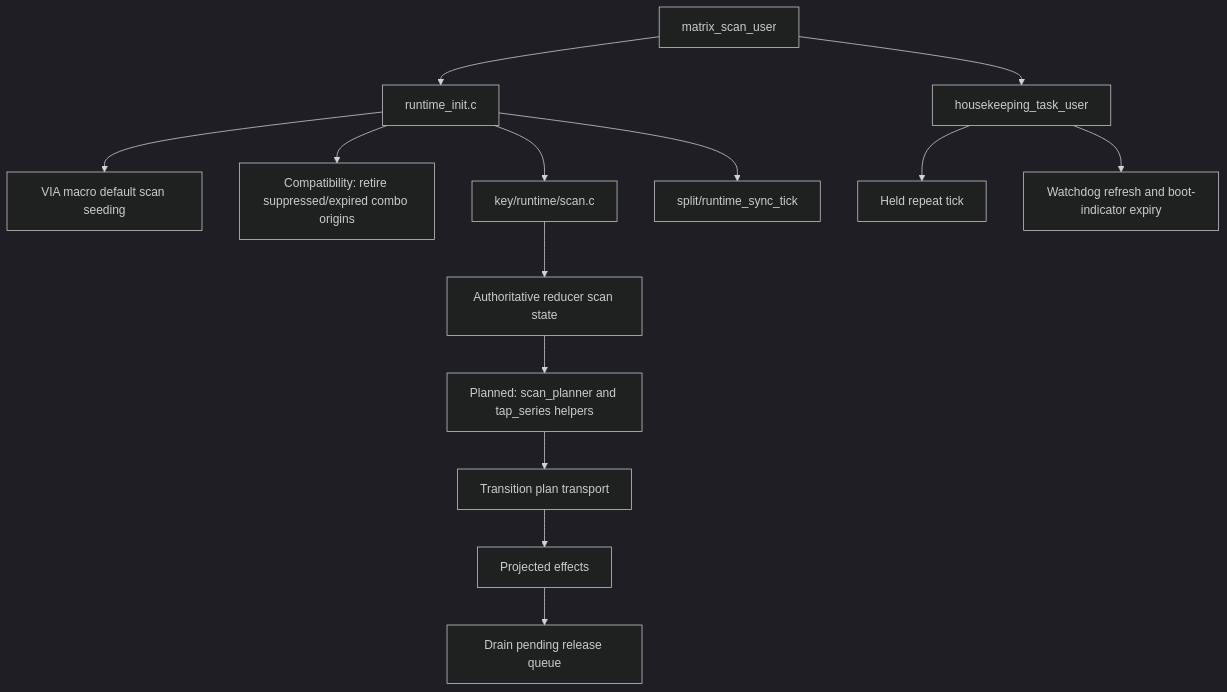
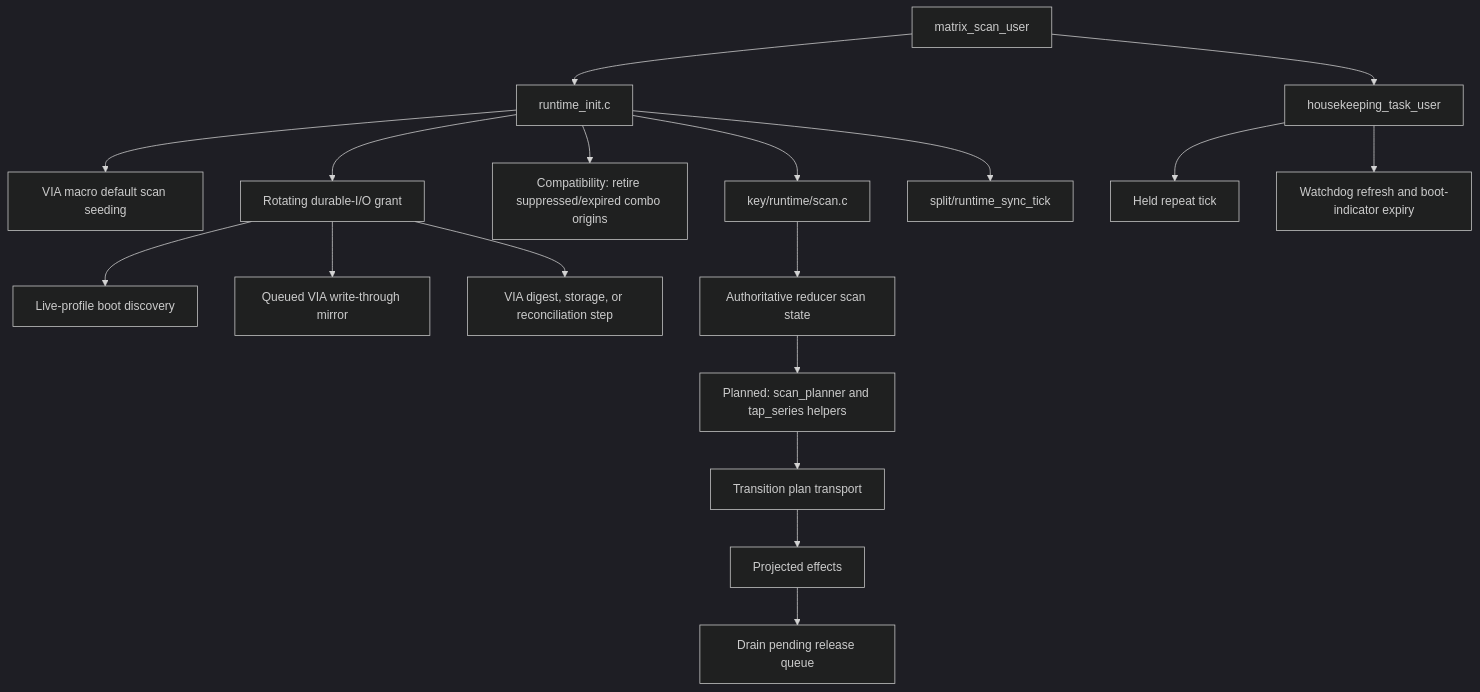
Before and after one commit to NoahCLR/charybdis-4x6: the fourth of 11 diagrams in docs/architecture/runtime-flow.md, drawn with Mermaid (dark theme). The commit also changed other lines of this file and 24 other files, not shown here.

````diff
--- a/docs/architecture/runtime-flow.md
+++ b/docs/architecture/runtime-flow.md
@@ -96,16 +96,20 @@
 ```mermaid
 flowchart TD
     scan["matrix_scan_user"] --> init["runtime_init.c"]
     init --> via["VIA macro default scan seeding"]
+    init --> durable["Rotating durable-I/O grant"]
+    durable --> discovery["Live-profile boot discovery"]
+    durable --> mirror["Queued VIA write-through mirror"]
+    durable --> via_sync["VIA digest, storage, or reconciliation step"]
     init --> combo["Compatibility: retire suppressed/expired combo origins"]
     init --> key_scan["key/runtime/scan.c"]
     key_scan --> reducer_scan["Authoritative reducer scan state"]
     reducer_scan --> scan_plan["Planned: scan_planner and tap_series helpers"]
     scan_plan --> transition["Transition plan transport"]
     transition --> projection["Projected effects"]
     projection --> pending["Drain pending release queue"]
     init --> split["split/runtime_sync_tick"]
     scan --> housekeeping["housekeeping_task_user"]
     housekeeping --> repeat["Held repeat tick"]
     housekeeping --> diag["Watchdog refresh and boot-indicator expiry"]
 ```
````
